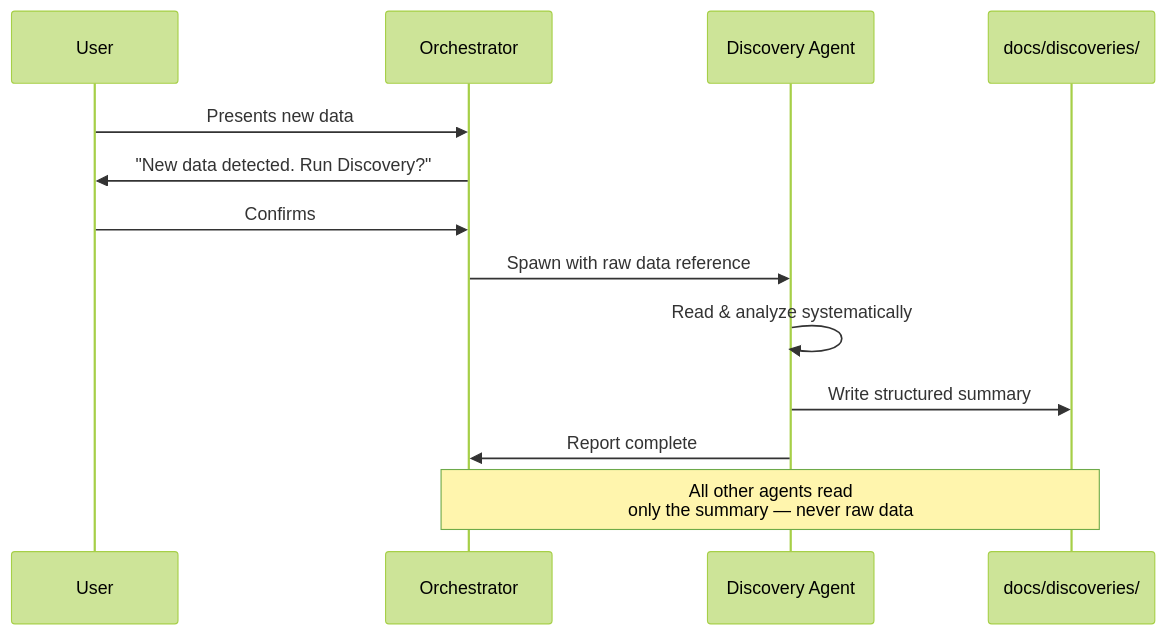
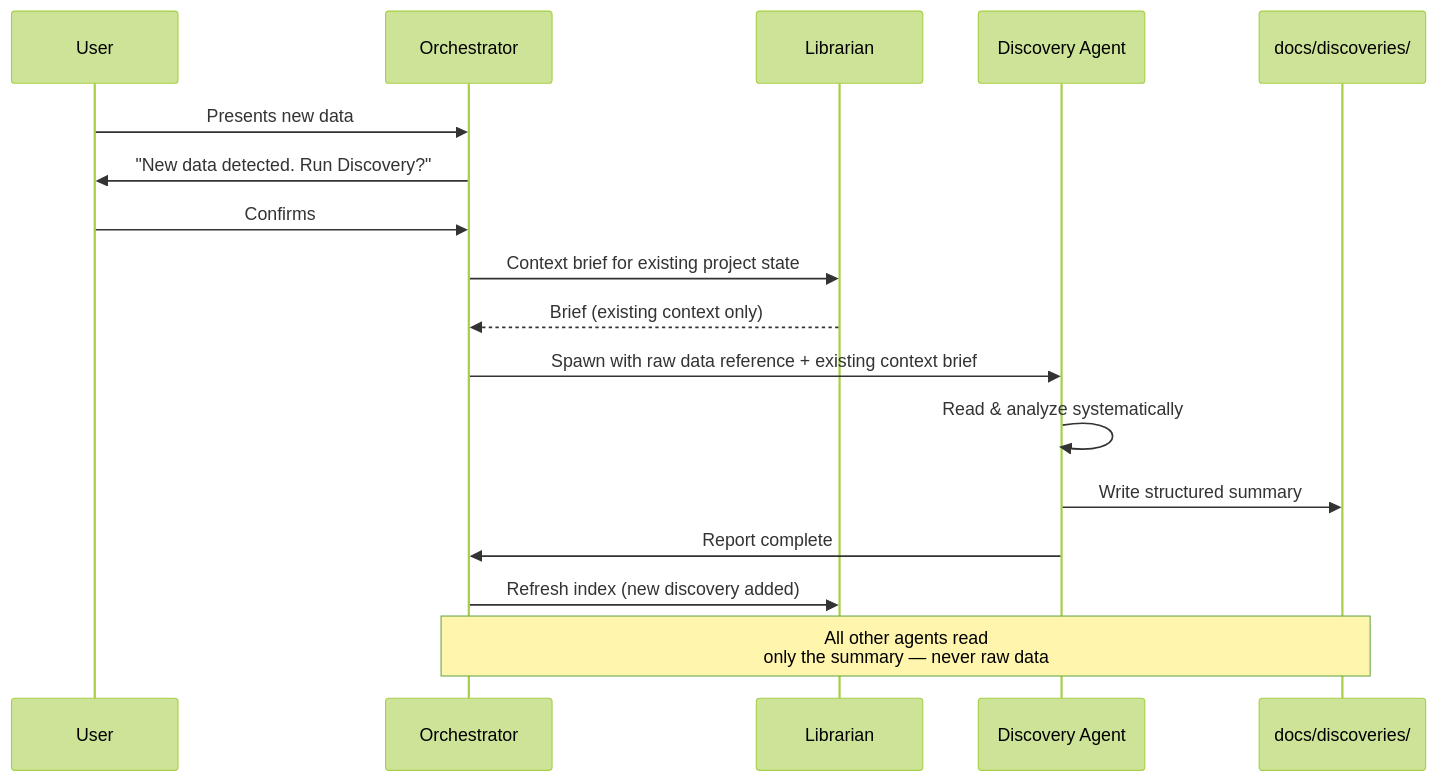
The second of 4 diagrams in AGENTS.md (Doumajnik/template), drawn with Mermaid (forest theme) before and after one commit. The commit also changed other lines of this file and 8 other files, not shown here.

````diff
--- a/AGENTS.md
+++ b/AGENTS.md
@@ -111,16 +113,20 @@
 ```mermaid
 sequenceDiagram
     participant U as User
     participant O as Orchestrator
+    participant LIB as Librarian
     participant D as Discovery Agent
     participant Docs as docs/discoveries/
 
     U->>O: Presents new data
     O->>U: "New data detected. Run Discovery?"
     U->>O: Confirms
-    O->>D: Spawn with raw data reference
+    O->>LIB: Context brief for existing project state
+    LIB-->>O: Brief (existing context only)
+    O->>D: Spawn with raw data reference + existing context brief
     D->>D: Read & analyze systematically
     D->>Docs: Write structured summary
     D->>O: Report complete
+    O->>LIB: Refresh index (new discovery added)
     Note over O,Docs: All other agents read<br/>only the summary — never raw data
 ```
````
